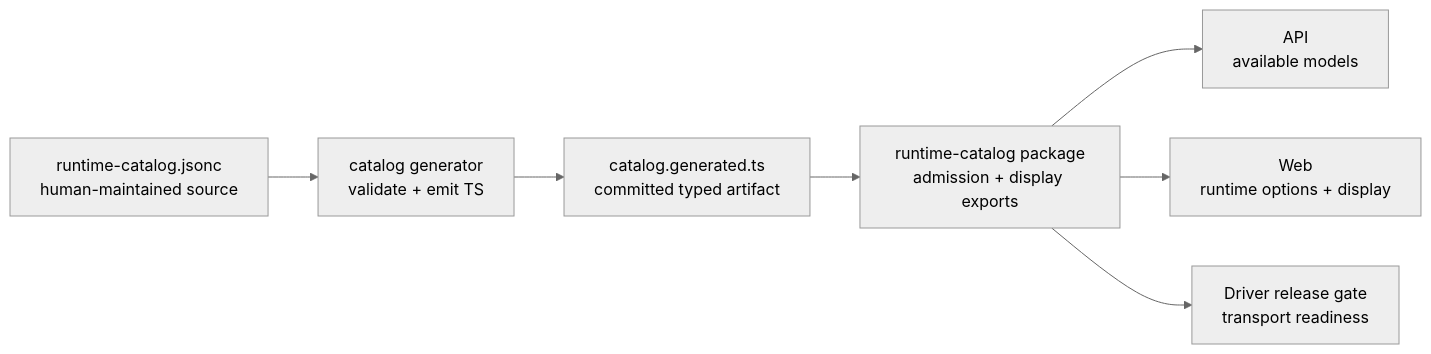
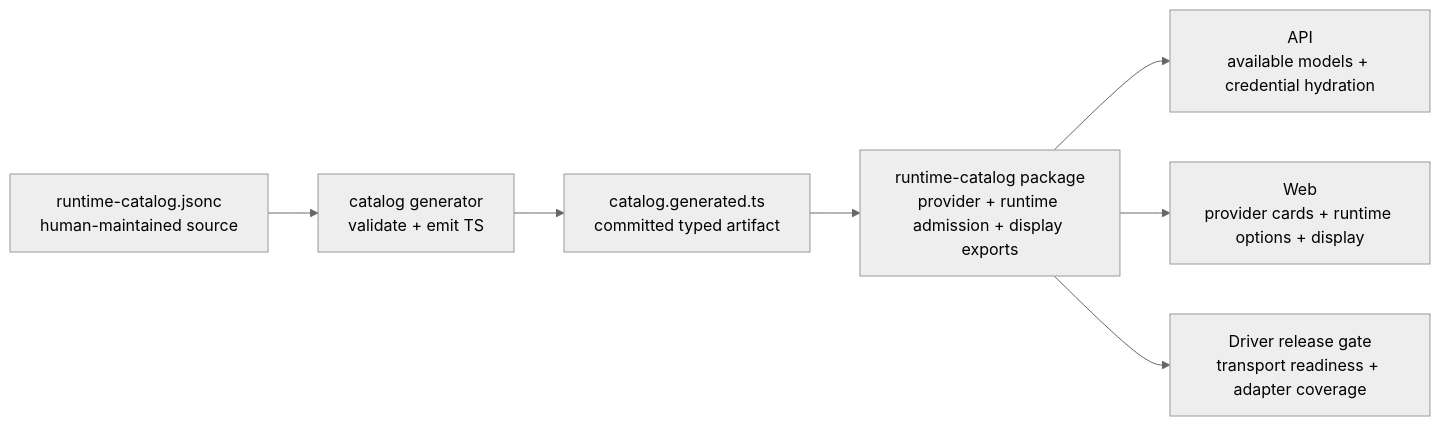
One commit to langgenius/mosoo changed the diagram in docs/prd/runtime-catalog.md. Above: the diagram before and after it, drawn with Mermaid (neutral theme). The commit also changed other lines of this file and 20 other files, not shown here.

Commit message:
feat(runtime): centralize provider catalog metadata

````diff
--- a/docs/prd/runtime-catalog.md
+++ b/docs/prd/runtime-catalog.md
@@ -60,9 +65,9 @@
 ```mermaid
 flowchart LR
   Source["runtime-catalog.jsonc<br/>human-maintained source"] --> Generate["catalog generator<br/>validate + emit TS"]
   Generate --> TS["catalog.generated.ts<br/>committed typed artifact"]
-  TS --> RuntimeCatalog["runtime-catalog package<br/>admission + display exports"]
-  RuntimeCatalog --> API["API<br/>available models"]
-  RuntimeCatalog --> Web["Web<br/>runtime options + display"]
-  RuntimeCatalog --> DriverGate["Driver release gate<br/>transport readiness"]
+  TS --> RuntimeCatalog["runtime-catalog package<br/>provider + runtime admission + display exports"]
+  RuntimeCatalog --> API["API<br/>available models + credential hydration"]
+  RuntimeCatalog --> Web["Web<br/>provider cards + runtime options + display"]
+  RuntimeCatalog --> DriverGate["Driver release gate<br/>transport readiness + adapter coverage"]
 ```
````
